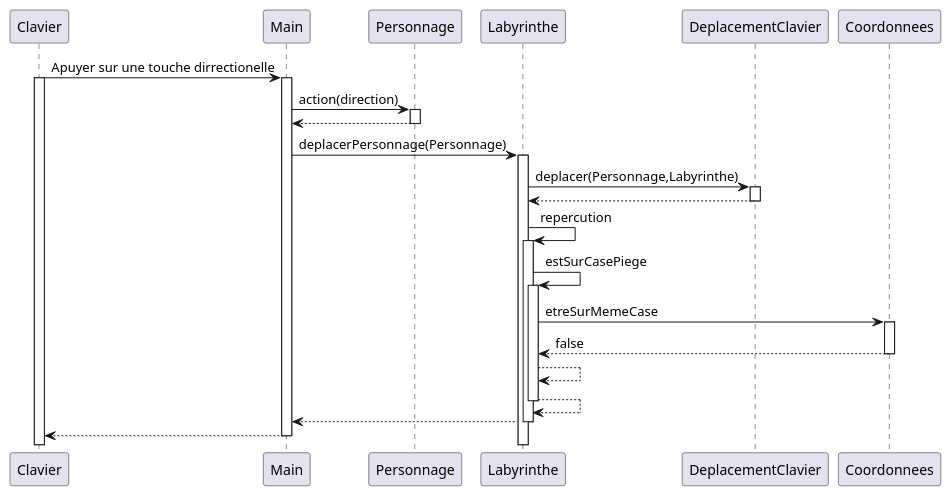
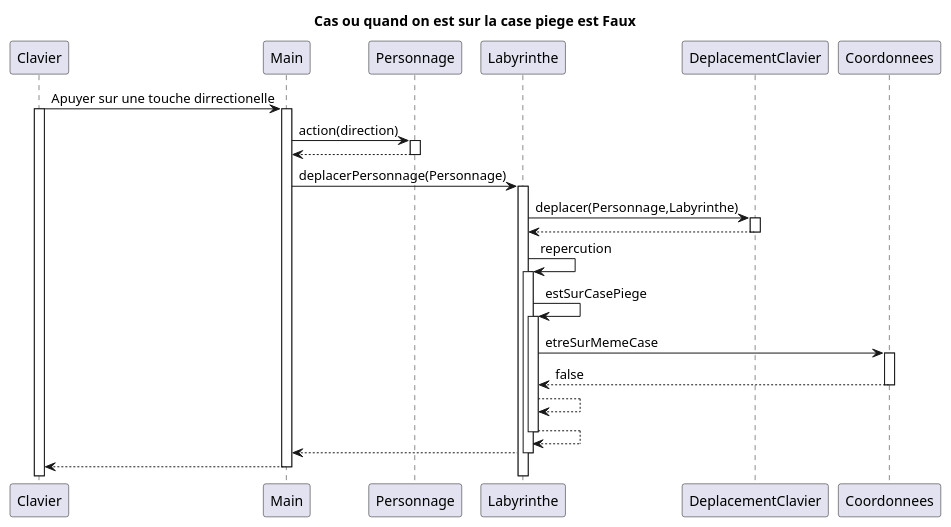
Before and after one commit to LukaSalvo/SAE2024: the diagram in zeldiablo/documents/version_4/DeplacementSurCasePiegeFalse.puml, drawn with PlantUML. The commit also changed 5 other files, not shown here.

```diff
--- a/zeldiablo/documents/version_4/DeplacementSurCasePiegeFalse.puml
+++ b/zeldiablo/documents/version_4/DeplacementSurCasePiegeFalse.puml
@@ -1,31 +1,32 @@
 @startuml
+title : Cas ou quand on est sur la case piege est Faux
 participant Clavier
 Clavier -> Main : Apuyer sur une touche dirrectionelle
 activate Clavier
 activate Main
 Main -> Personnage : action(direction)
 activate Personnage
 Personnage --> Main
 deactivate Personnage
 Main -> Labyrinthe : deplacerPersonnage(Personnage)
 activate Labyrinthe
 Labyrinthe -> DeplacementClavier : deplacer(Personnage,Labyrinthe)
 activate DeplacementClavier
 DeplacementClavier --> Labyrinthe
 deactivate DeplacementClavier
 Labyrinthe -> Labyrinthe : repercution
 activate Labyrinthe
 Labyrinthe -> Labyrinthe : estSurCasePiege
 activate Labyrinthe
 Labyrinthe -> Coordonnees : etreSurMemeCase
 activate Coordonnees
 Coordonnees --> Labyrinthe : false
 deactivate Coordonnees
 deactivate Personnage
 Labyrinthe --> Labyrinthe
 Labyrinthe --> Labyrinthe
 deactivate Labyrinthe
 Labyrinthe --> Main
 deactivate Labyrinthe
 return
 @enduml
```
